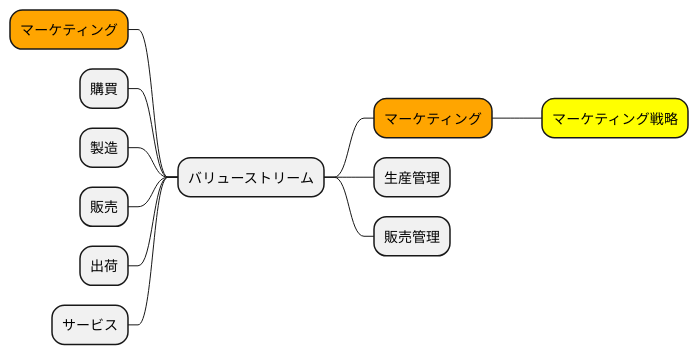
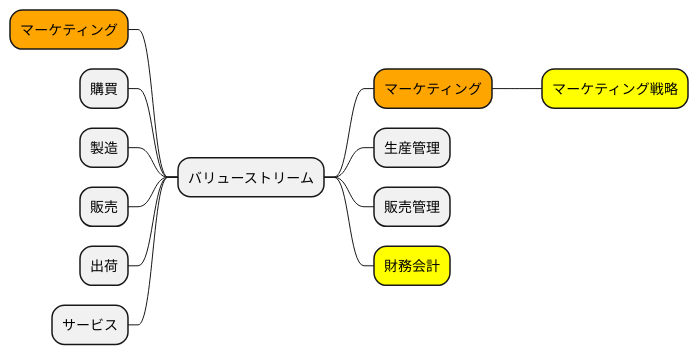
Diagram 12 of 19 in docs/case/r01_case_1.adoc (k2works/case-sutudy-business-analysis), drawn with PlantUML before and after one commit. The commit also changed other lines of this file, not shown here.

```diff
--- a/docs/case/r01_case_1.adoc
+++ b/docs/case/r01_case_1.adoc
@@ -401,20 +403,21 @@
 [plantuml]
 ----
 @startmindmap
 
 * バリューストリーム
 left side
 **[#orange] マーケティング
 ** 購買
 ** 製造
 ** 販売
 ** 出荷
 ** サービス
 right side
 **[#orange] マーケティング
 ***[#yellow] マーケティング戦略
 ** 生産管理
 ** 販売管理
+**[#yellow] 財務会計
 
 @endmindmap
 ----
```
